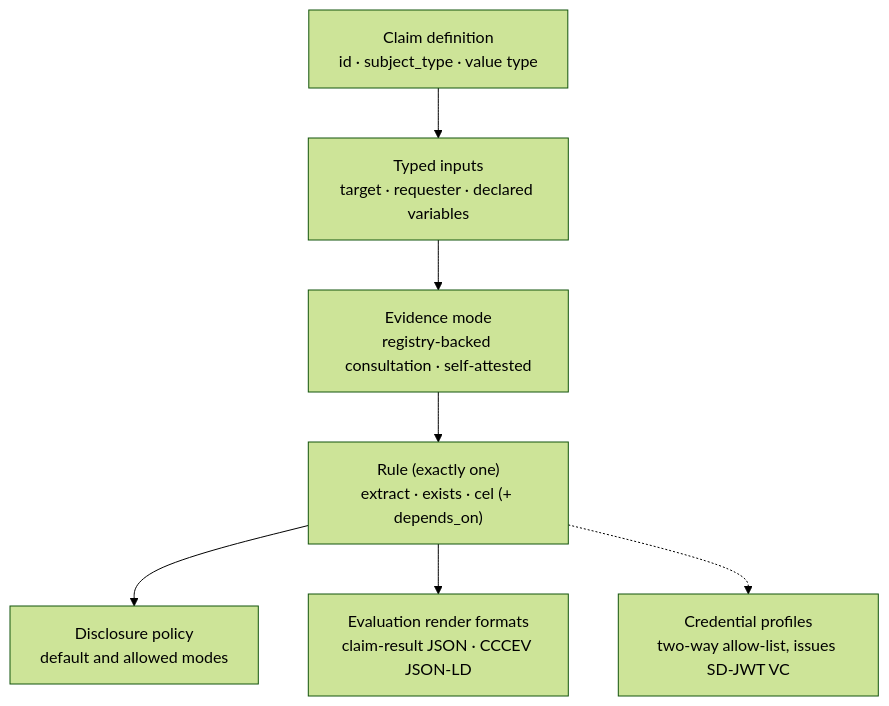
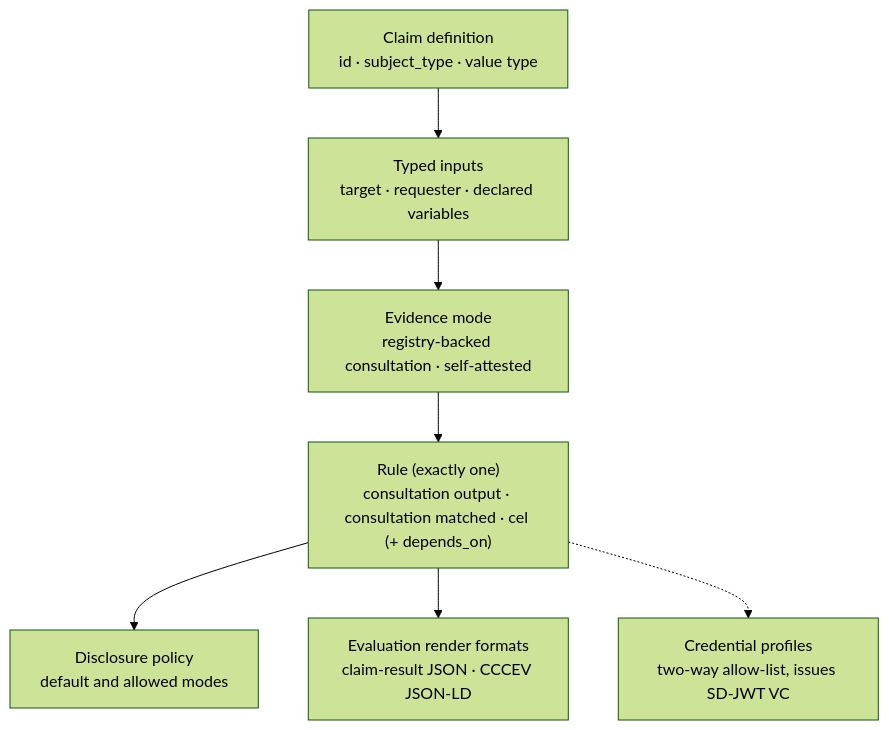
Before and after one commit to registrystack/registry-stack: the diagram in docs/site/src/content/docs/spec/rs-dm-claim.mdx, drawn with Mermaid (forest theme). The commit also changed other lines of this file and 34 other files, not shown here.

````diff
--- a/docs/site/src/content/docs/spec/rs-dm-claim.mdx
+++ b/docs/site/src/content/docs/spec/rs-dm-claim.mdx
@@ -68,14 +68,14 @@
 ```mermaid
 flowchart TD
     claim["Claim definition<br/>id · subject_type · value type"]
     inputs["Typed inputs<br/>target · requester · declared variables"]
     evidence["Evidence mode<br/>registry-backed consultation · self-attested"]
-    rule["Rule (exactly one)<br/>extract · exists · cel (+ depends_on)"]
+    rule["Rule (exactly one)<br/>consultation output · consultation matched · cel (+ depends_on)"]
     disclosure["Disclosure policy<br/>default and allowed modes"]
     formats["Evaluation render formats<br/>claim-result JSON · CCCEV JSON-LD"]
     creds["Credential profiles<br/>two-way allow-list, issues SD-JWT VC"]
     claim --> inputs --> evidence --> rule
     rule --> disclosure
     rule --> formats
     rule -.-> creds
 ```
````
